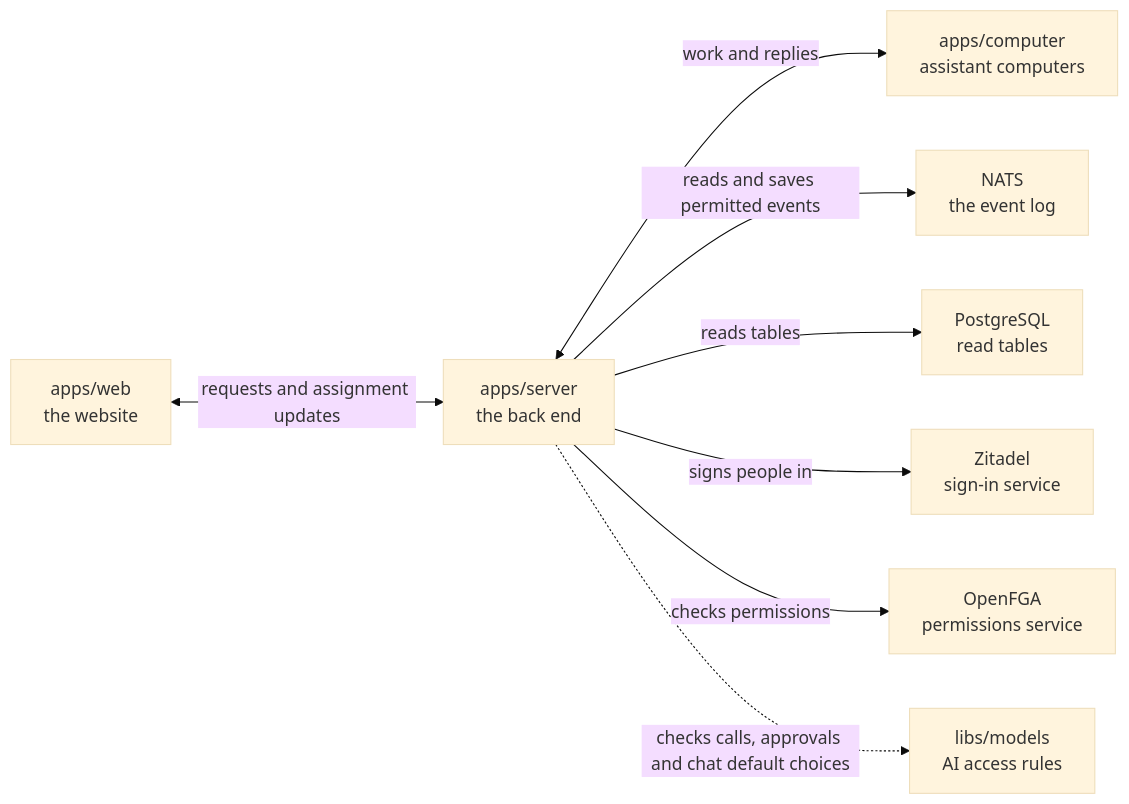
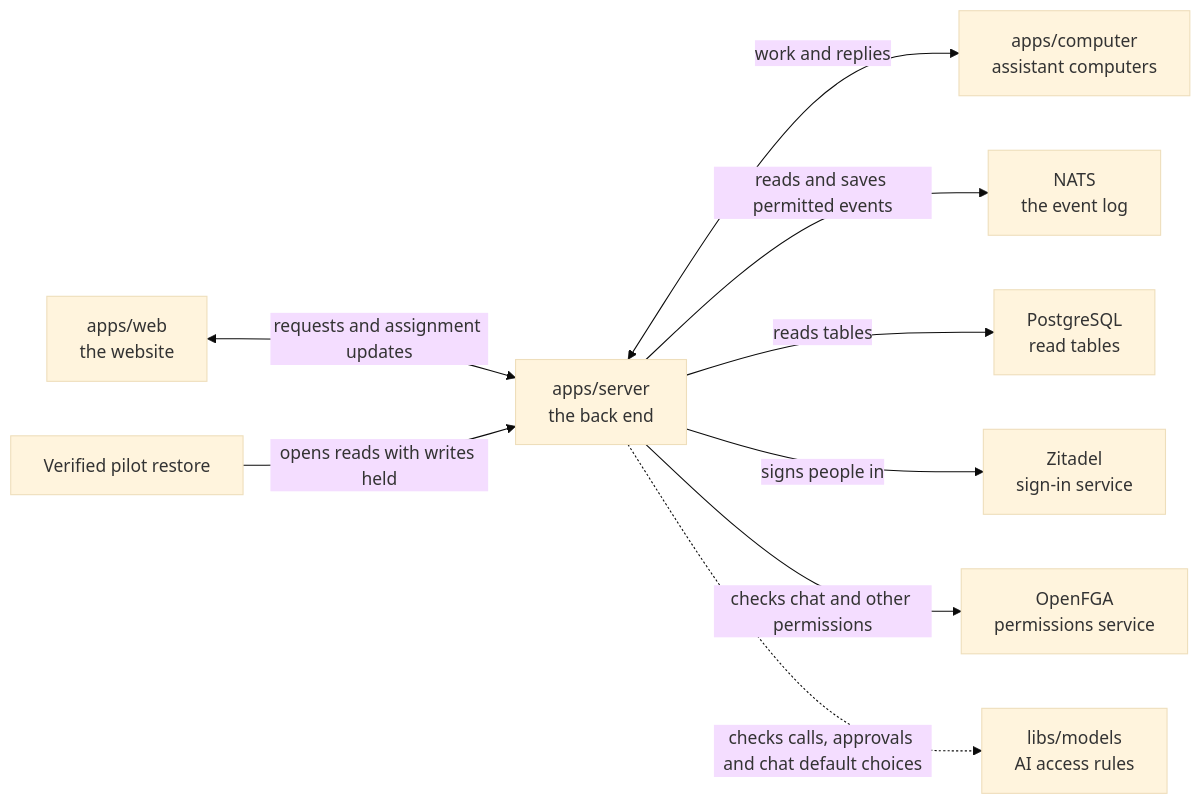
The diagram in apps/server/README.md (elewa-git/opencrane-new), drawn with Mermaid (base theme) before and after one commit. The commit also changed other lines of this file and 39 other files, not shown here.

````diff
--- a/apps/server/README.md
+++ b/apps/server/README.md
@@ -19,10 +19,11 @@
 ```mermaid
 flowchart LR
   web["apps/web<br/>the website"] <-->|requests and assignment updates| server["apps/server<br/>the back end"]
   server <-->|work and replies| computer["apps/computer<br/>assistant computers"]
   server -->|reads and saves permitted events| nats["NATS<br/>the event log"]
   server -->|reads tables| postgres["PostgreSQL<br/>read tables"]
   server -->|signs people in| zitadel["Zitadel<br/>sign-in service"]
-  server -->|checks permissions| openfga["OpenFGA<br/>permissions service"]
+  server -->|checks chat and other permissions| openfga["OpenFGA<br/>permissions service"]
+  restore["Verified pilot restore"] -->|opens reads with writes held| server
   server -.->|checks calls, approvals and chat default choices| models["libs/models<br/>AI access rules"]
 ```
````
